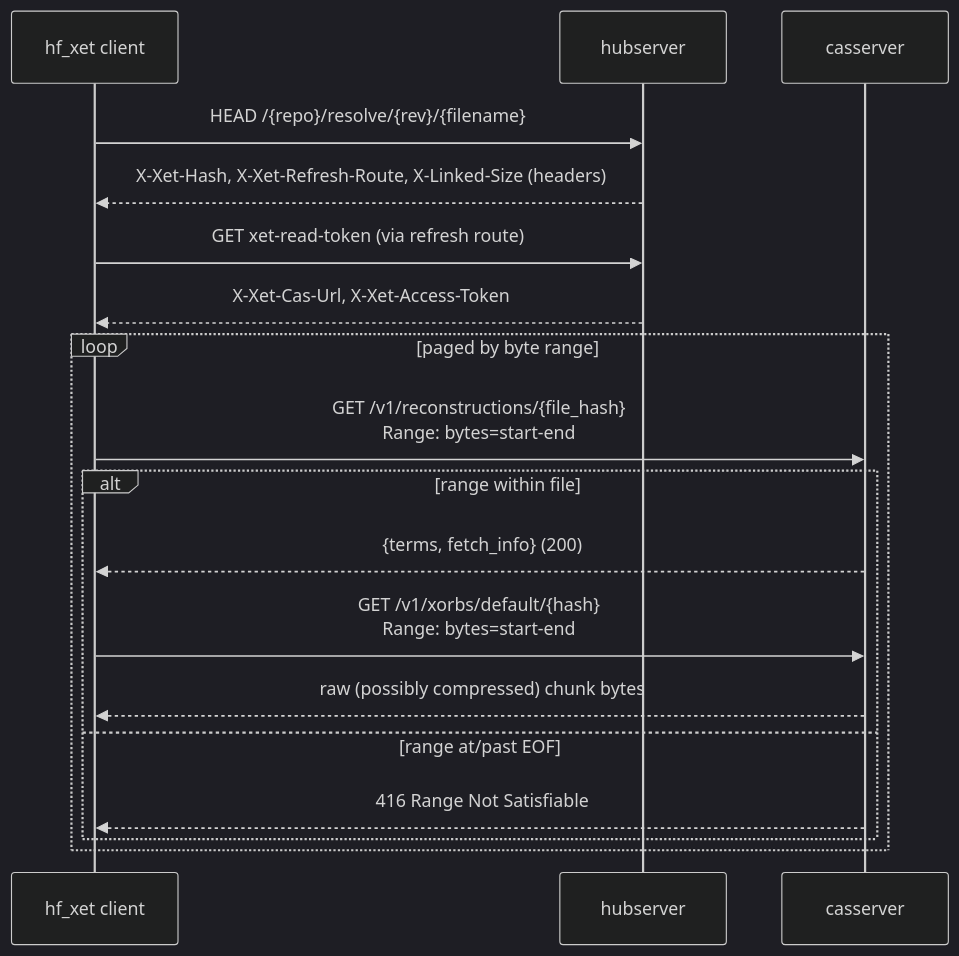
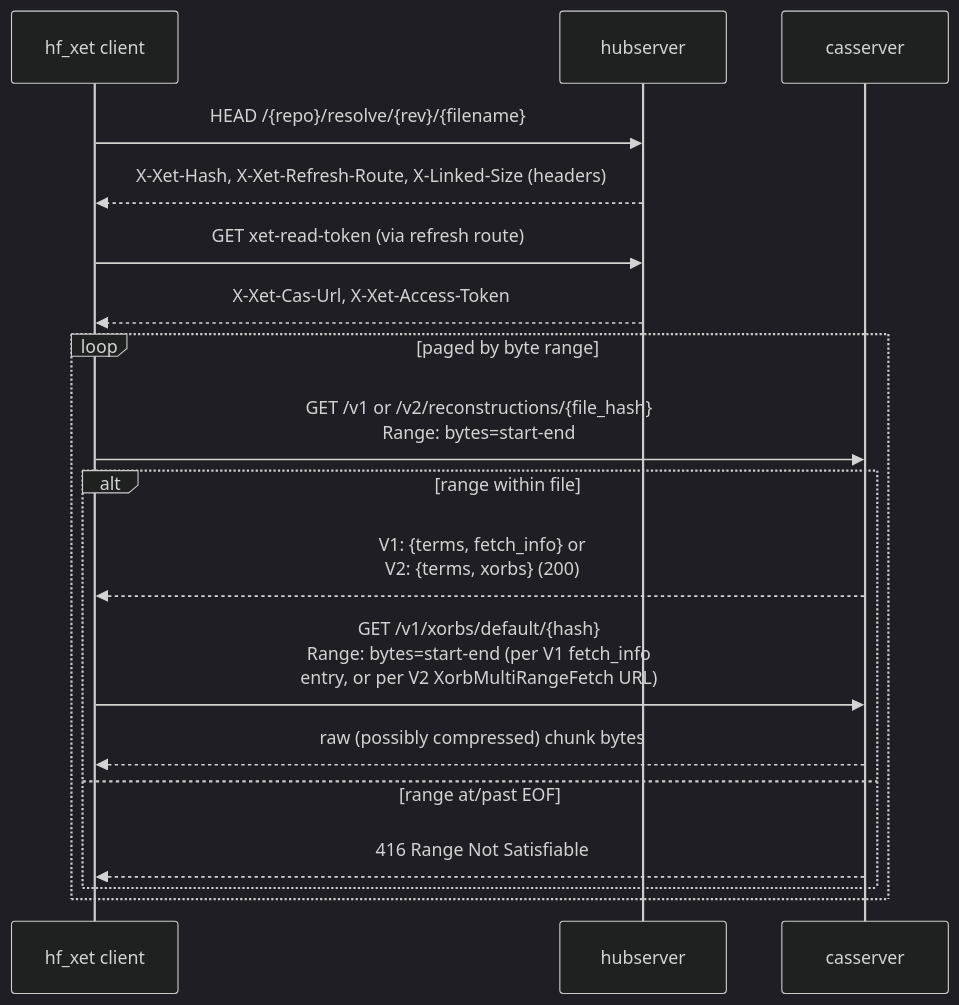
Before and after one commit to Taytay/xet-server: the third of 3 diagrams in docs/ARCHITECTURE.md, drawn with Mermaid (dark theme). The commit also changed other lines of this file and 27 other files, not shown here.

````diff
--- a/docs/ARCHITECTURE.md
+++ b/docs/ARCHITECTURE.md
@@ -98,22 +115,22 @@
 ```mermaid
 sequenceDiagram
     participant Client as hf_xet client
     participant Hub as hubserver
     participant CAS as casserver
 
     Client->>Hub: HEAD /{repo}/resolve/{rev}/{filename}
     Hub-->>Client: X-Xet-Hash, X-Xet-Refresh-Route, X-Linked-Size (headers)
     Client->>Hub: GET xet-read-token (via refresh route)
     Hub-->>Client: X-Xet-Cas-Url, X-Xet-Access-Token
 
     loop paged by byte range
-        Client->>CAS: GET /v1/reconstructions/{file_hash}<br/>Range: bytes=start-end
+        Client->>CAS: GET /v1 or /v2/reconstructions/{file_hash}<br/>Range: bytes=start-end
         alt range within file
-            CAS-->>Client: {terms, fetch_info} (200)
-            Client->>CAS: GET /v1/xorbs/default/{hash}<br/>Range: bytes=start-end
+            CAS-->>Client: V1: {terms, fetch_info} or<br/>V2: {terms, xorbs} (200)
+            Client->>CAS: GET /v1/xorbs/default/{hash}<br/>Range: bytes=start-end (per V1 fetch_info<br/>entry, or per V2 XorbMultiRangeFetch URL)
             CAS-->>Client: raw (possibly compressed) chunk bytes
         else range at/past EOF
             CAS-->>Client: 416 Range Not Satisfiable
         end
     end
 ```
````
